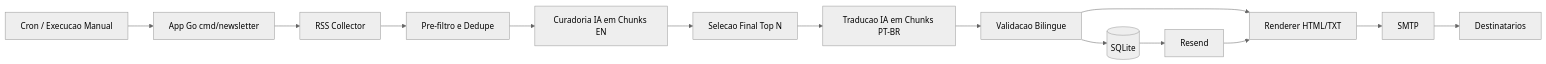
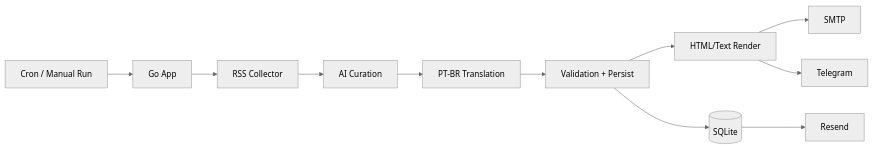
The diagram in README.md (gabrielhirakawa/kaffe-letter), drawn with Mermaid (neutral theme) before and after one commit. The commit also changed other lines of this file and 16 other files, not shown here.

````diff
--- a/README.md
+++ b/README.md
@@ -122,16 +89,13 @@
 ```mermaid
 flowchart LR
-    A[Cron / Execucao Manual] --> B[App Go cmd/newsletter]
+    A[Cron / Manual Run] --> B[Go App]
     B --> C[RSS Collector]
-    C --> D[Pre-filtro e Dedupe]
-    D --> E[Curadoria IA em Chunks EN]
-    E --> F[Selecao Final Top N]
-    F --> G[Traducao IA em Chunks PT-BR]
-    G --> H[Validacao Bilingue]
-    H --> I[(SQLite)]
-    H --> J[Renderer HTML/TXT]
-    J --> K[SMTP]
-    K --> L[Destinatarios]
-    I --> M[Resend]
-    M --> J
+    C --> D[AI Curation]
+    D --> E[PT-BR Translation]
+    E --> F[Validation + Persist]
+    F --> G[HTML/Text Render]
+    G --> H[SMTP]
+    G --> I[Telegram]
+    F --> J[(SQLite)]
+    J --> K[Resend]
 ```
````
